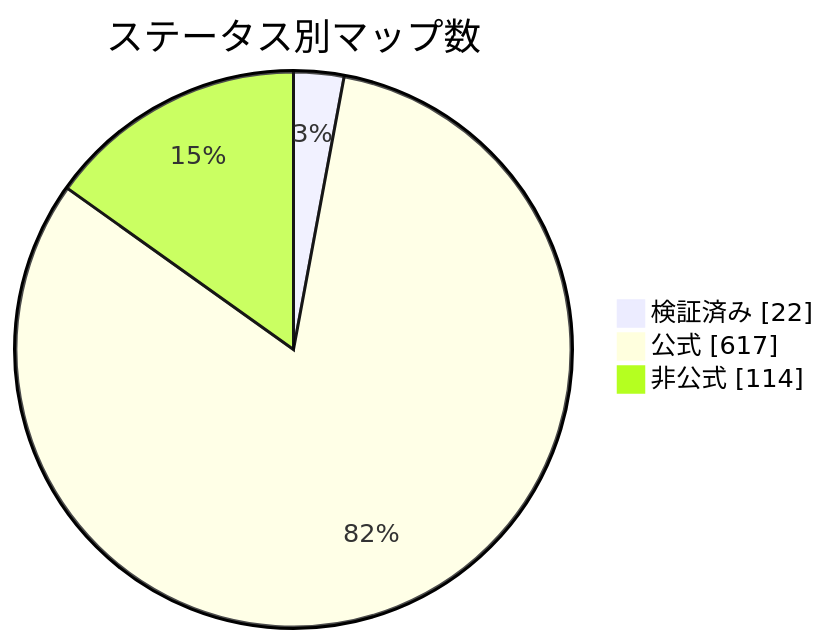
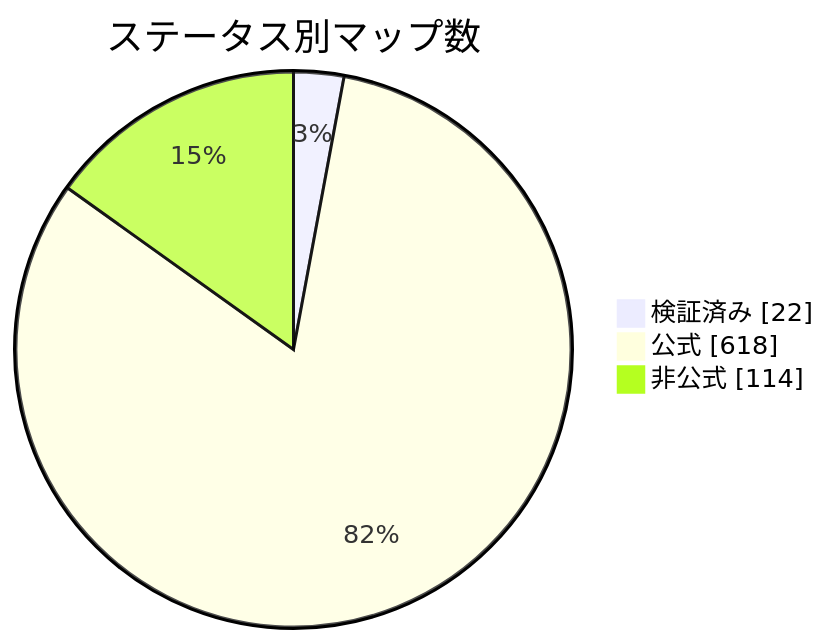
The diagram in docs/readme/README_JP.md (nobrega8/mbmap-library), drawn with Mermaid before and after one commit. The commit also changed 6 other files, not shown here.

````diff
--- a/docs/readme/README_JP.md
+++ b/docs/readme/README_JP.md
@@ -54,7 +54,7 @@
 ```mermaid
 pie showData
     title ステータス別マップ数
     "検証済み" : 22
-    "公式" : 617
+    "公式" : 618
     "非公式" : 114
 ```
````
